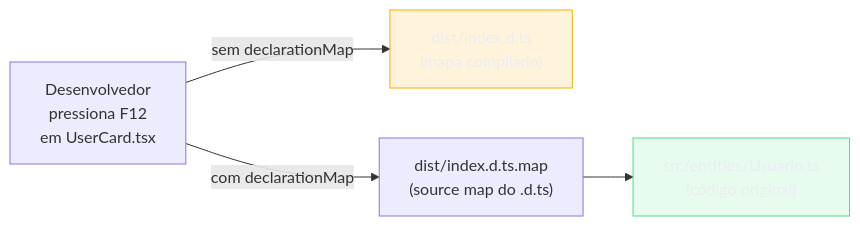
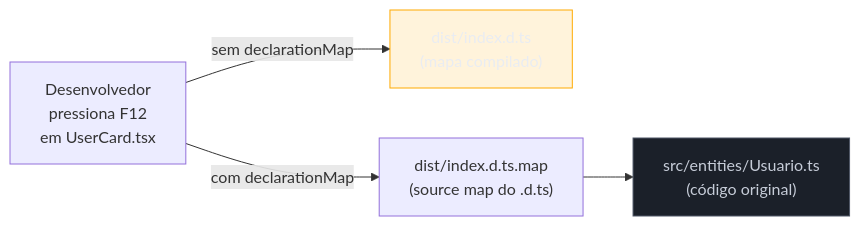
Before and after one commit to josenaldo/codex-technomanticus: the sixth of 6 diagrams in 03-Dominios/Tecnologia/TypeScript/22 - Declaration files (.d.ts) e o ecossistema de tipos.md, drawn with Mermaid. The commit also changed other lines of this file and 601 other files, not shown here.

````diff
--- a/03-Dominios/Tecnologia/TypeScript/22 - Declaration files (.d.ts) e o ecossistema de tipos.md
+++ b/03-Dominios/Tecnologia/TypeScript/22 - Declaration files (.d.ts) e o ecossistema de tipos.md
@@ -667,15 +667,15 @@
 ```mermaid
 flowchart LR
-    classDef ok fill:#4ADE8021,stroke:#4ADE80,color:#E9ECF2
+    classDef neutro fill:#1B2029,stroke:#4E5666,color:#C6CCD8
     classDef destaque fill:#FFAA0024,stroke:#FFAA00,color:#E9ECF2
     DEV["Desenvolvedor\npressiona F12\nem UserCard.tsx"]
     DTS["dist/index.d.ts\n(mapa compilado)"]
     MAP["dist/index.d.ts.map\n(source map do .d.ts)"]
     SRC["src/entities/Usuario.ts\n(código original)"]
 
     DEV -->|"sem declarationMap"| DTS
     DEV -->|"com declarationMap"| MAP --> SRC
 
-    class SRC ok
+    class SRC neutro
     class DTS destaque
 ```
````
